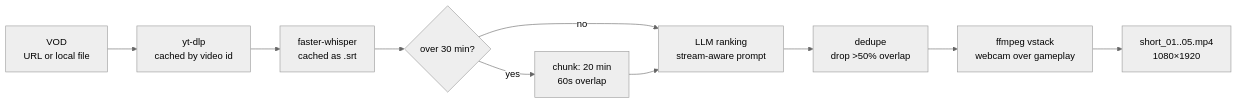
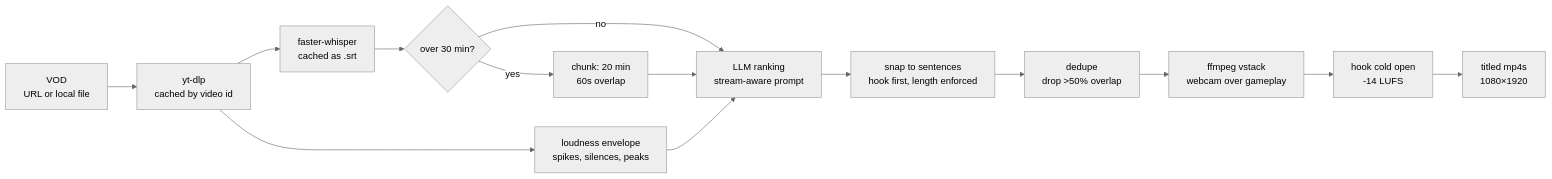
Before and after one commit to kleZ799/stream-to-shorts: the first of 2 diagrams in README.md, drawn with Mermaid (neutral theme). The commit also changed other lines of this file and 2 other files, not shown here.

First line of the commit message:
docs: write up hearing the clip, cutting it to length, and owning the title

````diff
--- a/README.md
+++ b/README.md
@@ -427,12 +434,16 @@
 ```mermaid
 flowchart LR
     A[VOD<br/>URL or local file] --> B[yt-dlp<br/>cached by video id]
     B --> C[faster-whisper<br/>cached as .srt]
     C --> D{over 30 min?}
     D -->|yes| E[chunk: 20 min<br/>60s overlap]
     D -->|no| F[LLM ranking<br/>stream-aware prompt]
     E --> F
-    F --> G[dedupe<br/>drop >50% overlap]
-    G --> H[ffmpeg vstack<br/>webcam over gameplay]
-    H --> I[short_01..05.mp4<br/>1080×1920]
+    B --> J[loudness envelope<br/>spikes, silences, peaks]
+    J --> F
+    F --> G[snap to sentences<br/>hook first, length enforced]
+    G --> K[dedupe<br/>drop >50% overlap]
+    K --> H[ffmpeg vstack<br/>webcam over gameplay]
+    H --> I[hook cold open<br/>-14 LUFS]
+    I --> L[titled mp4s<br/>1080×1920]
 ```
````
